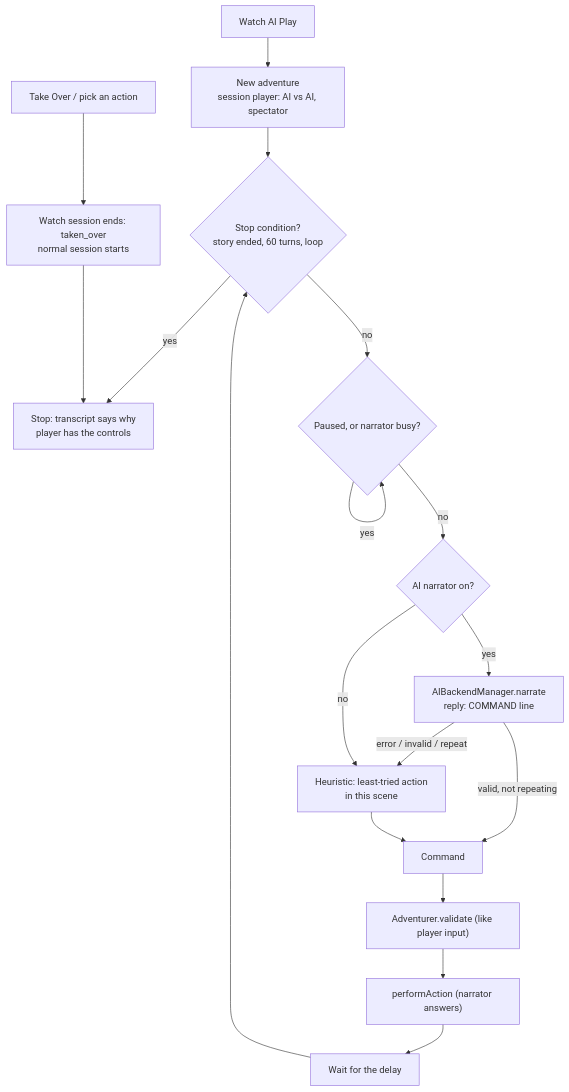
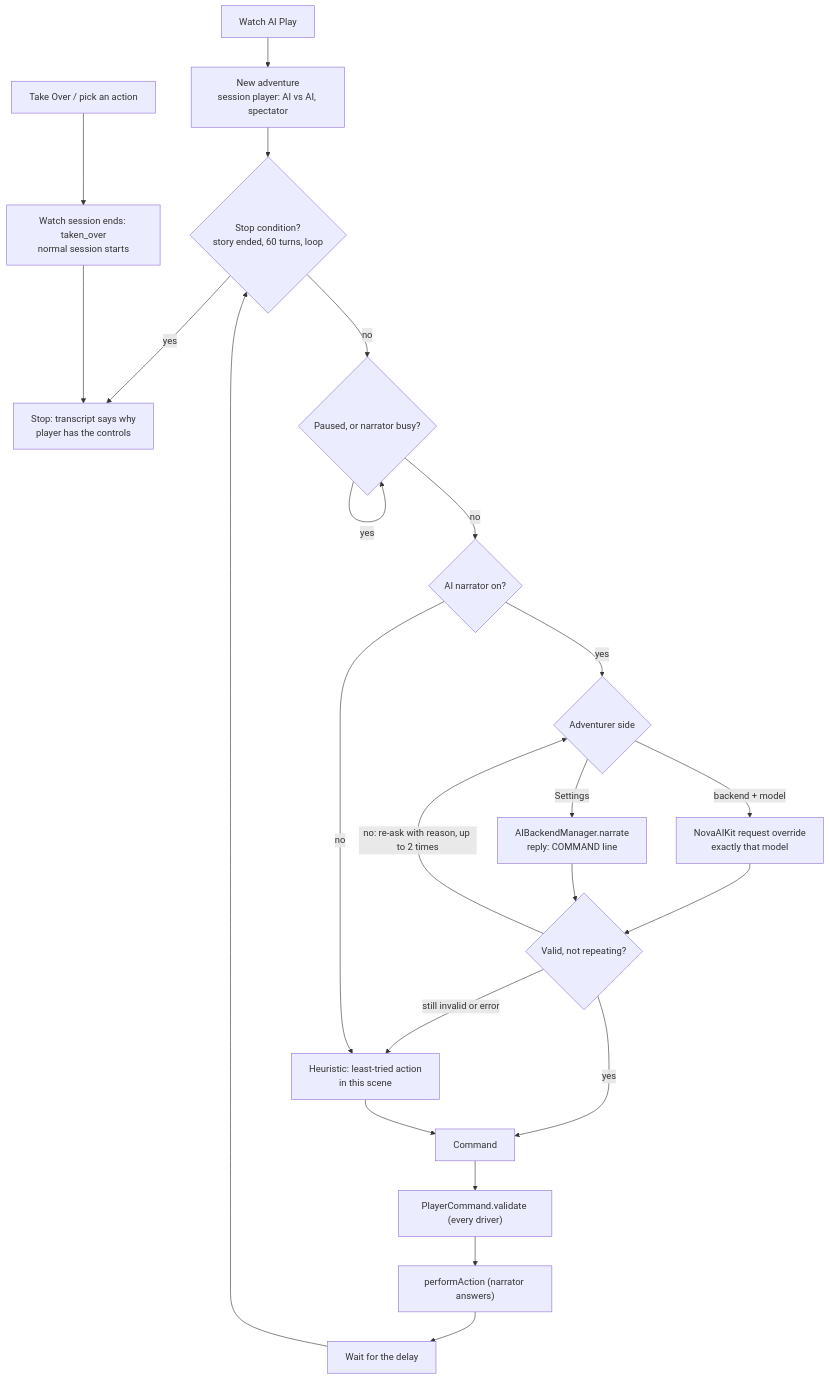
The first of 5 diagrams in README.md (kochj23/Blompie), drawn with Mermaid before and after one commit. The commit also changed other lines of this file and 12 other files, not shown here.

First line of the commit message:
1.5.0 (9): model vs model via NovaAIKit 1.1.0, id Software learnings

````diff
--- a/README.md
+++ b/README.md
@@ -83,18 +87,23 @@
 ```mermaid
 flowchart TD
     W[Watch AI Play] --> N["New adventure<br/>session player: AI vs AI, spectator"]
     N --> Q{"Stop condition?<br/>story ended, 60 turns, loop"}
     Q -- yes --> X["Stop: transcript says why<br/>player has the controls"]
     Q -- no --> P{Paused, or narrator busy?}
     P -- yes --> P
     P -- no --> A{AI narrator on?}
-    A -- yes --> B["AIBackendManager.narrate<br/>reply: COMMAND line"]
-    B -- "valid, not repeating" --> C[Command]
-    B -- "error / invalid / repeat" --> H
+    A -- yes --> S{"Adventurer side"}
+    S -- Settings --> B["AIBackendManager.narrate<br/>reply: COMMAND line"]
+    S -- "backend + model" --> K["NovaAIKit request override<br/>exactly that model"]
+    K --> B2{"Valid, not repeating?"}
+    B --> B2
+    B2 -- yes --> C[Command]
+    B2 -- "no: re-ask with reason, up to 2 times" --> S
+    B2 -- "still invalid or error" --> H
     A -- no --> H["Heuristic: least-tried action<br/>in this scene"]
     H --> C
-    C --> V["Adventurer.validate (like player input)"]
+    C --> V["PlayerCommand.validate (every driver)"]
     V --> T["performAction (narrator answers)"]
     T --> D[Wait for the delay] --> Q
     U[Take Over / pick an action] --> TO["Watch session ends: taken_over<br/>normal session starts"] --> X
 ```
````
